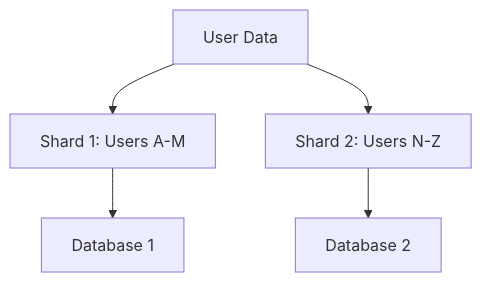
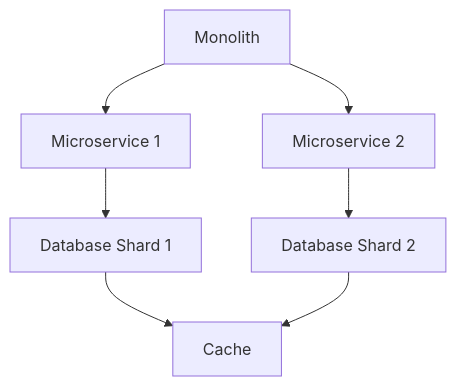
Before and after one commit to VrushankPatel/interview-matters: the diagram in high-scalability-patterns/README.md, drawn with Mermaid. The commit also changed other lines of this file and 4 other files, not shown here.

````diff
--- a/high-scalability-patterns/README.md
+++ b/high-scalability-patterns/README.md
@@ -36,7 +26,9 @@
 ```mermaid
 graph TD
-    A[User Data] --> B[Shard 1: Users A-M]
-    A --> C[Shard 2: Users N-Z]
-    B --> D[Database 1]
-    C --> E[Database 2]
+    A[Monolith] --> B[Microservice 1]
+    A --> C[Microservice 2]
+    B --> D[Database Shard 1]
+    C --> E[Database Shard 2]
+    D --> F[Cache]
+    E --> F
 ```
````
